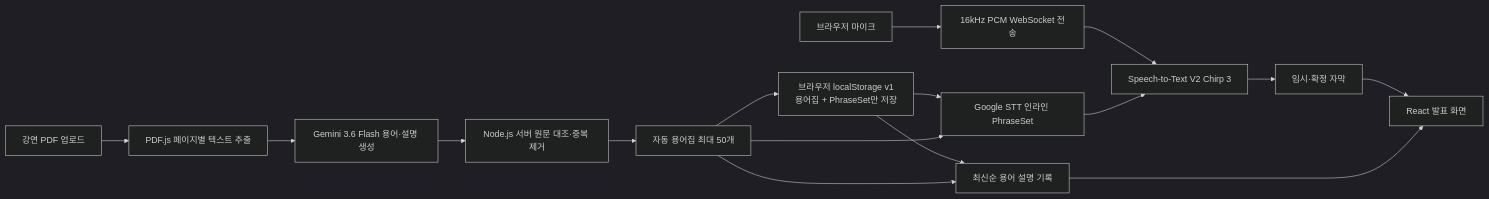
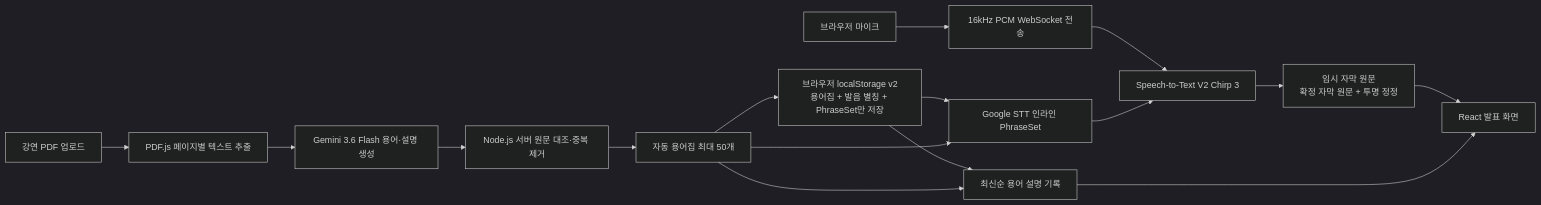
Before and after one commit to nsjjjjjj/lecture-context-ai: the diagram in README.md, drawn with Mermaid (dark theme). The commit also changed other lines of this file and 27 other files, not shown here.

````diff
--- a/README.md
+++ b/README.md
@@ -28,18 +29,18 @@
 ```mermaid
 flowchart LR
     A["강연 PDF 업로드"] --> B["PDF.js 페이지별 텍스트 추출"]
     B --> C["Gemini 3.6 Flash 용어·설명 생성"]
     C --> D["Node.js 서버 원문 대조·중복 제거"]
     D --> E["자동 용어집 최대 50개"]
-    E --> M["브라우저 localStorage v1<br/>용어집 + PhraseSet만 저장"]
+    E --> M["브라우저 localStorage v2<br/>용어집 + 발음 별칭 + PhraseSet만 저장"]
     M --> F
     M --> K
     E --> F["Google STT 인라인 PhraseSet"]
     G["브라우저 마이크"] --> H["16kHz PCM WebSocket 전송"]
     H --> I["Speech-to-Text V2 Chirp 3"]
     F --> I
-    I --> J["임시·확정 자막"]
+    I --> J["임시 자막 원문<br/>확정 자막 원문 + 투명 정정"]
     E --> K["최신순 용어 설명 기록"]
     J --> L["React 발표 화면"]
     K --> L
 ```
````
